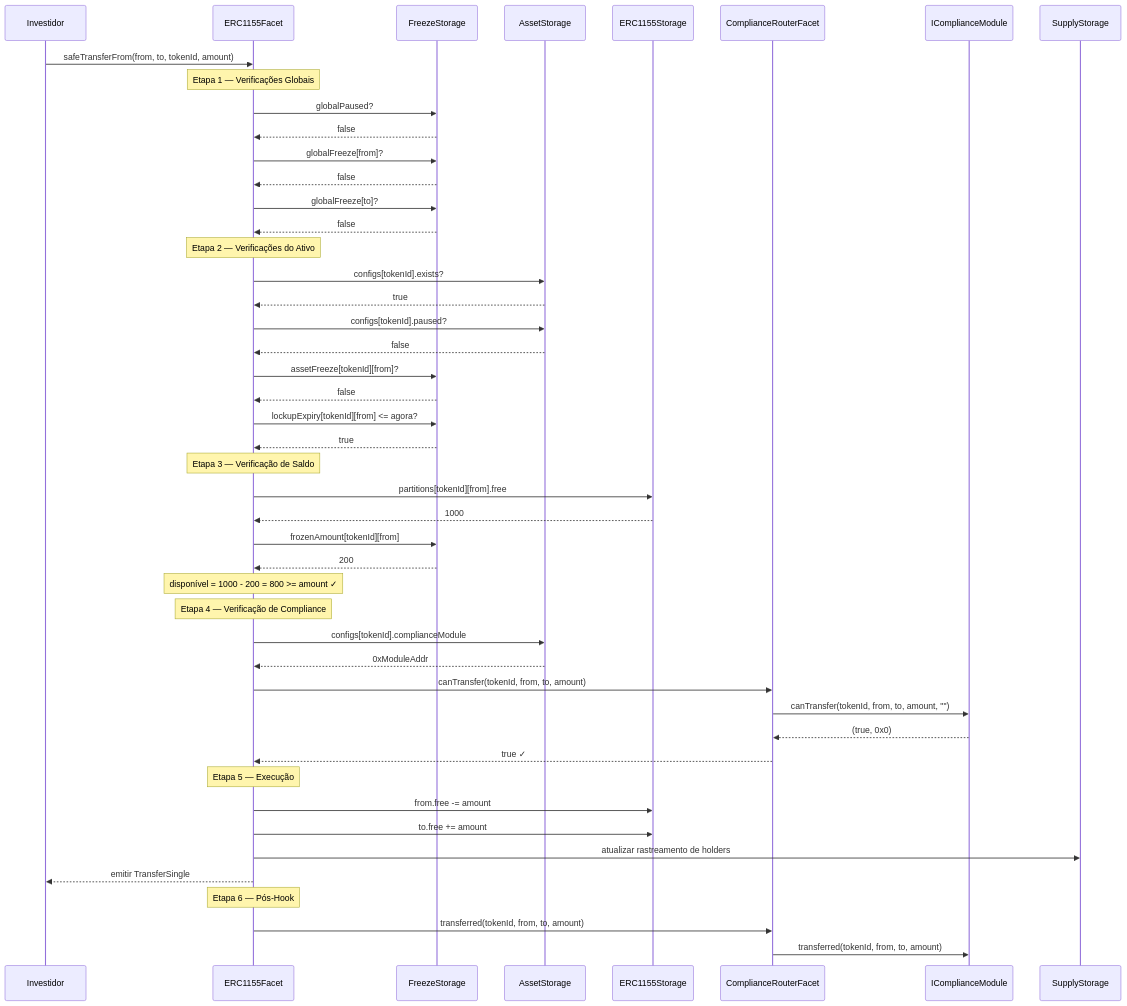
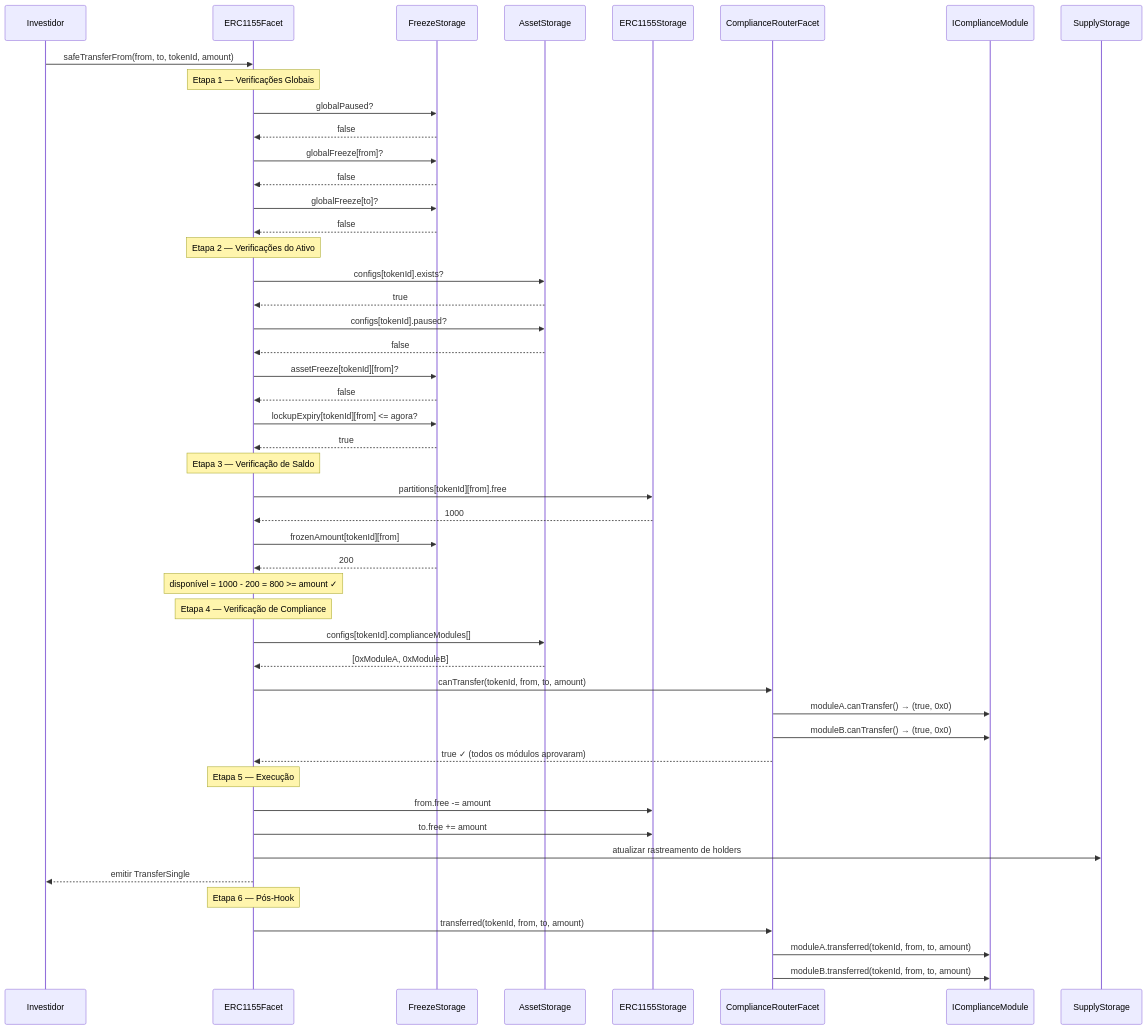
Before and after one commit to jminango20/agro-diamond-compliance: the diagram in docs/diagrams/pt/06-pipeline-compliance.mmd, drawn with Mermaid. The commit also changed 39 other files, not shown here.

First line of the commit message:
feat(compliance): auto-increment tokenId and multiple compliance modules per asset

```diff
--- a/docs/diagrams/pt/06-pipeline-compliance.mmd
+++ b/docs/diagrams/pt/06-pipeline-compliance.mmd
@@ -1,54 +1,55 @@
 sequenceDiagram
     participant User as Investidor
     participant ERC as ERC1155Facet
     participant Freeze as FreezeStorage
     participant Asset as AssetStorage
     participant Balance as ERC1155Storage
     participant Router as ComplianceRouterFacet
     participant Module as IComplianceModule
     participant Supply as SupplyStorage
 
     User->>ERC: safeTransferFrom(from, to, tokenId, amount)
 
     Note over ERC: Etapa 1 — Verificações Globais
     ERC->>Freeze: globalPaused?
     Freeze-->>ERC: false
     ERC->>Freeze: globalFreeze[from]?
     Freeze-->>ERC: false
     ERC->>Freeze: globalFreeze[to]?
     Freeze-->>ERC: false
 
     Note over ERC: Etapa 2 — Verificações do Ativo
     ERC->>Asset: configs[tokenId].exists?
     Asset-->>ERC: true
     ERC->>Asset: configs[tokenId].paused?
     Asset-->>ERC: false
     ERC->>Freeze: assetFreeze[tokenId][from]?
     Freeze-->>ERC: false
     ERC->>Freeze: lockupExpiry[tokenId][from] <= agora?
     Freeze-->>ERC: true
 
     Note over ERC: Etapa 3 — Verificação de Saldo
     ERC->>Balance: partitions[tokenId][from].free
     Balance-->>ERC: 1000
     ERC->>Freeze: frozenAmount[tokenId][from]
     Freeze-->>ERC: 200
     Note over ERC: disponível = 1000 - 200 = 800 >= amount ✓
 
     Note over ERC: Etapa 4 — Verificação de Compliance
-    ERC->>Asset: configs[tokenId].complianceModule
-    Asset-->>ERC: 0xModuleAddr
+    ERC->>Asset: configs[tokenId].complianceModules[]
+    Asset-->>ERC: [0xModuleA, 0xModuleB]
     ERC->>Router: canTransfer(tokenId, from, to, amount)
-    Router->>Module: canTransfer(tokenId, from, to, amount, "")
-    Module-->>Router: (true, 0x0)
-    Router-->>ERC: true ✓
+    Router->>Module: moduleA.canTransfer() → (true, 0x0)
+    Router->>Module: moduleB.canTransfer() → (true, 0x0)
+    Router-->>ERC: true ✓ (todos os módulos aprovaram)
 
     Note over ERC: Etapa 5 — Execução
     ERC->>Balance: from.free -= amount
     ERC->>Balance: to.free += amount
     ERC->>Supply: atualizar rastreamento de holders
     ERC-->>User: emitir TransferSingle
 
     Note over ERC: Etapa 6 — Pós-Hook
     ERC->>Router: transferred(tokenId, from, to, amount)
-    Router->>Module: transferred(tokenId, from, to, amount)
+    Router->>Module: moduleA.transferred(tokenId, from, to, amount)
+    Router->>Module: moduleB.transferred(tokenId, from, to, amount)
```
